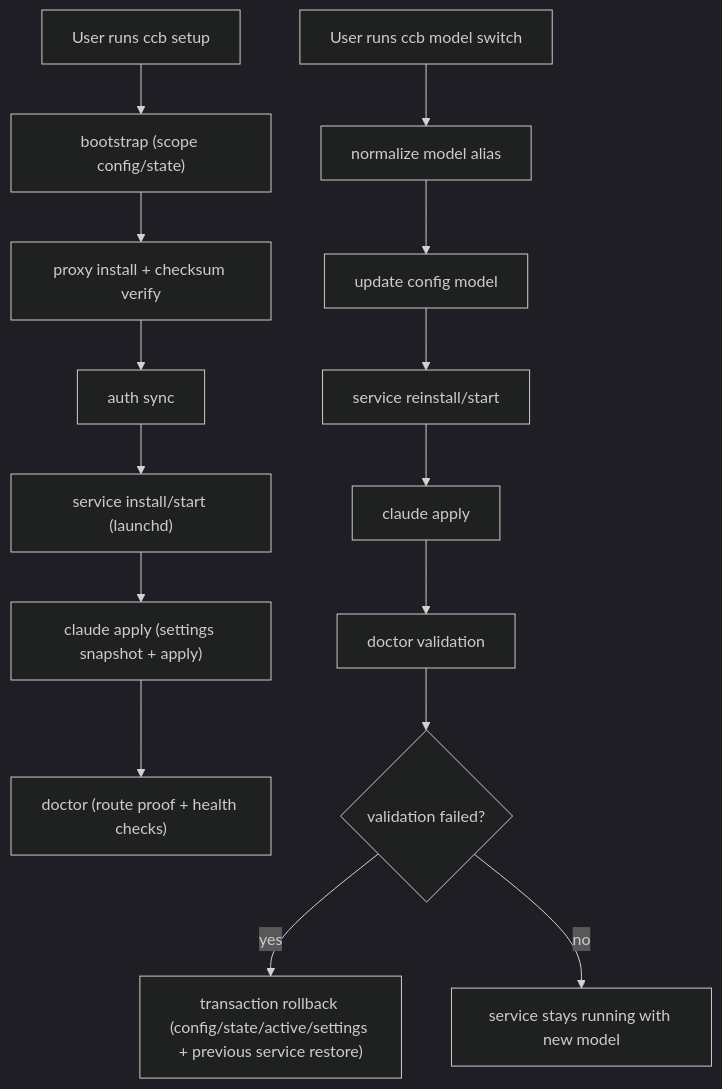
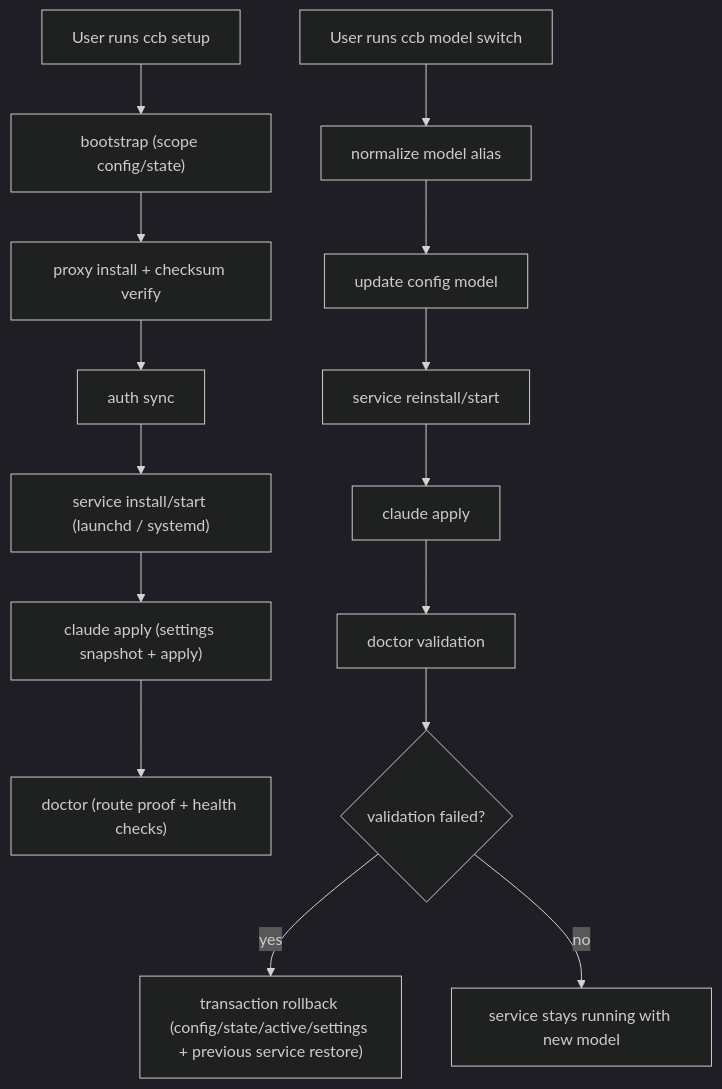
Before and after one commit to brody-0125/ccgateway: the diagram in README.md, drawn with Mermaid (dark theme). The commit also changed other lines of this file and 2 other files, not shown here.

First line of the commit message:
documentation: Linux support with systemd service management (#23)

````diff
--- a/README.md
+++ b/README.md
@@ -28,18 +28,18 @@
 ```mermaid
 flowchart TD
   A["User runs ccb setup"] --> B["bootstrap (scope config/state)"]
   B --> C["proxy install + checksum verify"]
   C --> D["auth sync"]
-  D --> E["service install/start (launchd)"]
+  D --> E["service install/start (launchd / systemd)"]
   E --> F["claude apply (settings snapshot + apply)"]
   F --> G["doctor (route proof + health checks)"]
 
   H["User runs ccb model switch"] --> I["normalize model alias"]
   I --> J["update config model"]
   J --> K["service reinstall/start"]
   K --> L["claude apply"]
   L --> M["doctor validation"]
   M --> N{"validation failed?"}
   N -- "yes" --> O["transaction rollback (config/state/active/settings + previous service restore)"]
   N -- "no" --> P["service stays running with new model"]
 ```
````
